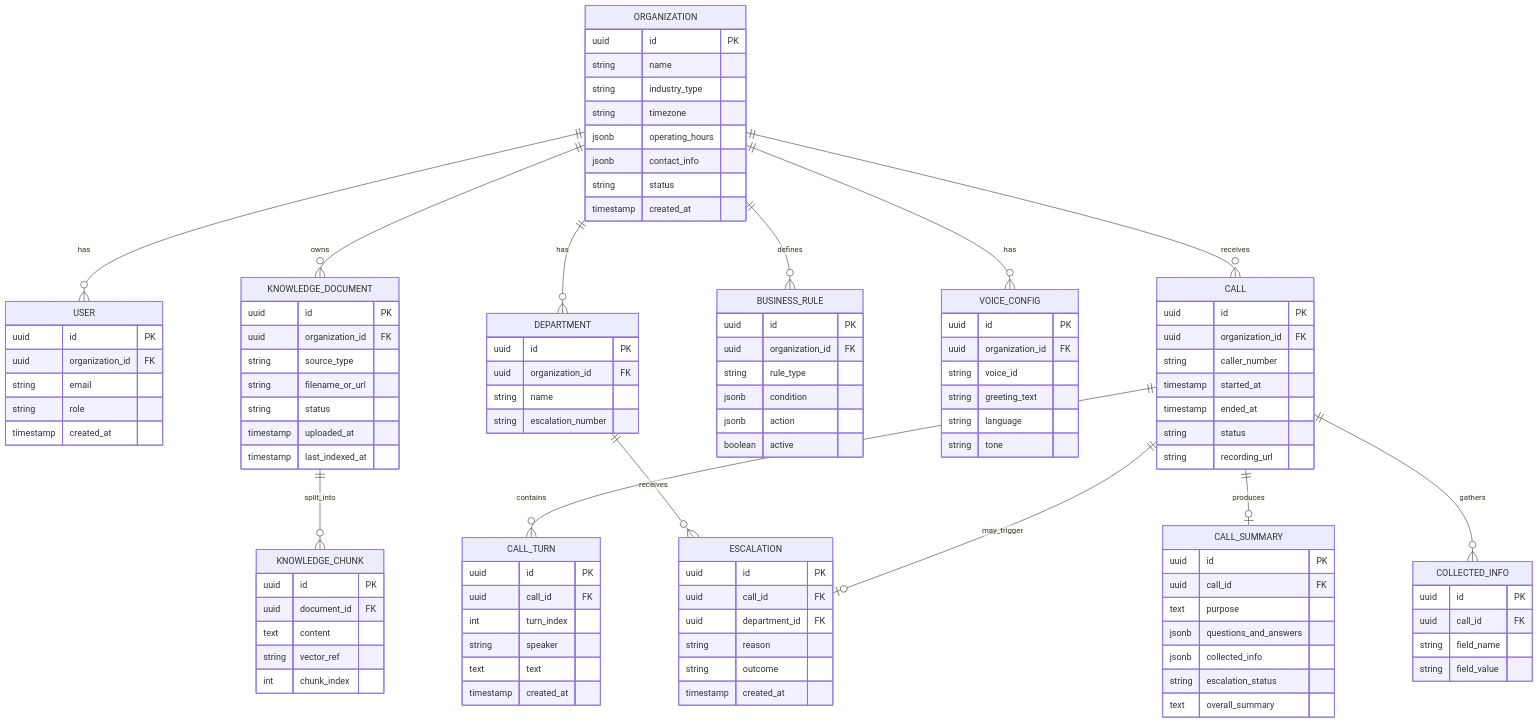
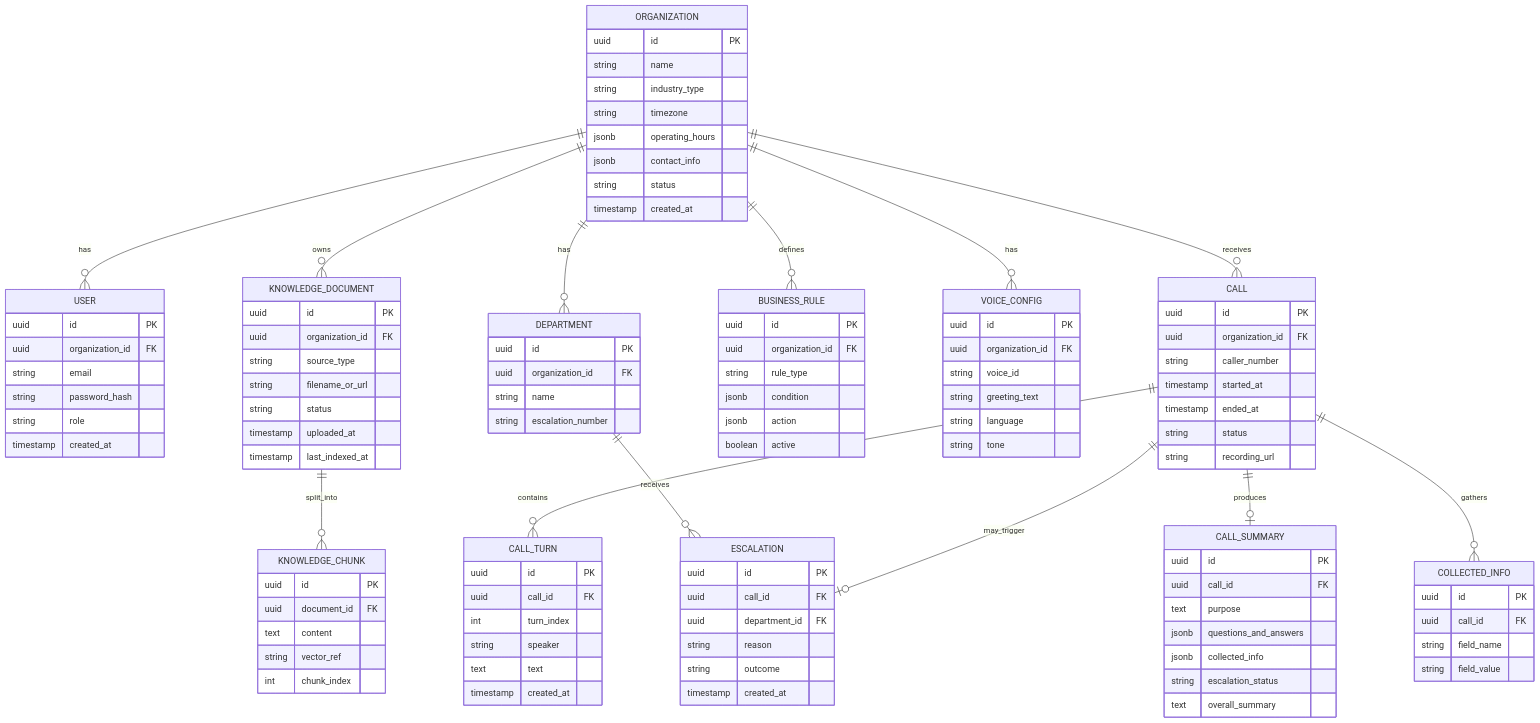
Before and after one commit to SilverMan1101/voice-receptionist-platform: the second of 2 diagrams in docs/Architecture.md, drawn with Mermaid. The commit also changed other lines of this file and 55 other files, not shown here.

```diff
--- a/docs/Architecture.md
+++ b/docs/Architecture.md
@@ -162,6 +168,7 @@
         uuid id PK
         uuid organization_id FK
         string email
+        string password_hash
         string role
         timestamp created_at
     }
```
